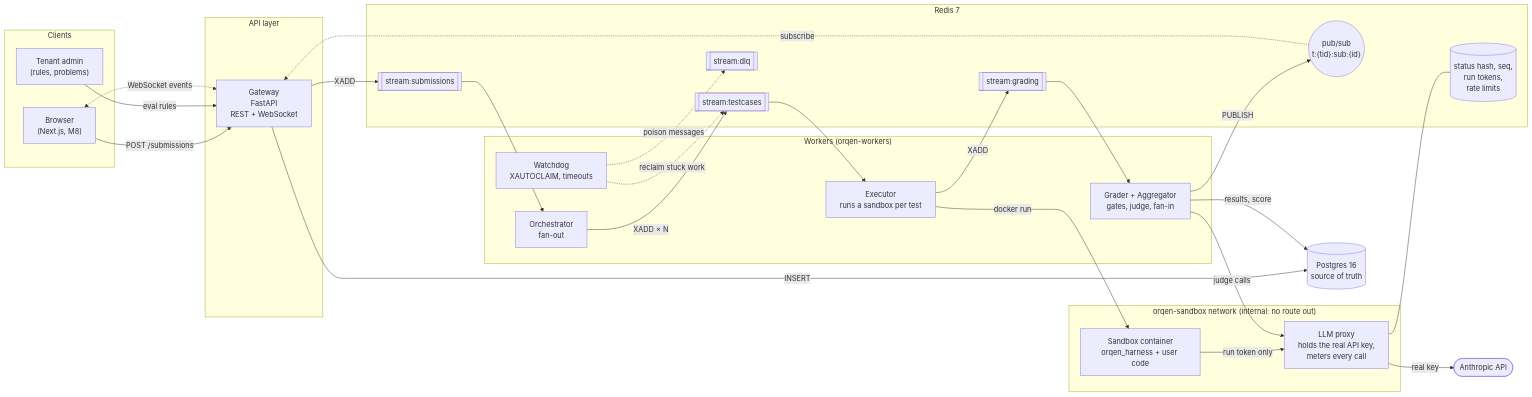
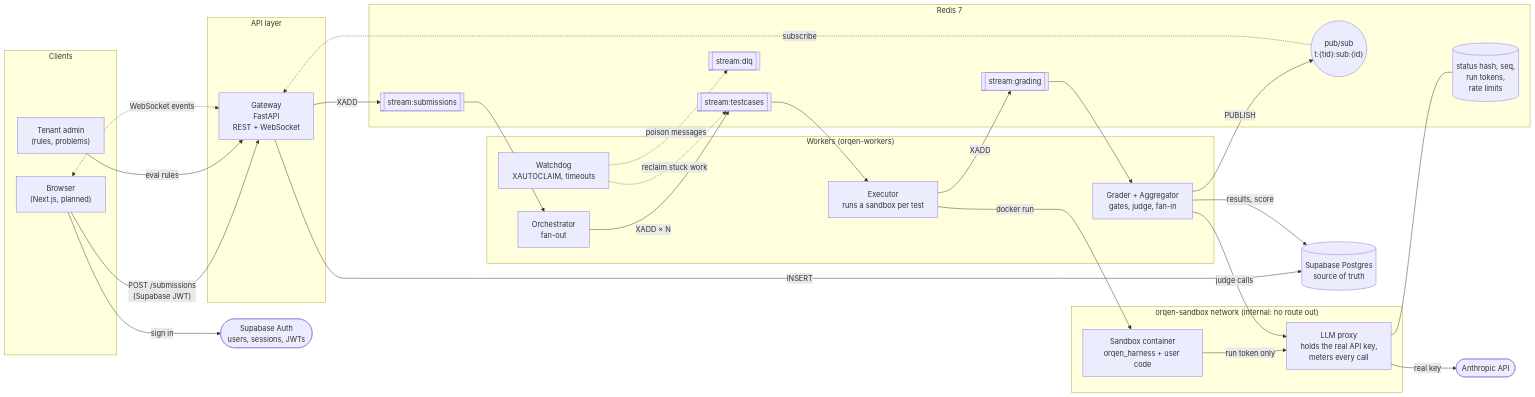
The first of 9 diagrams in README.md (priyanshu14077/orqen), drawn with Mermaid before and after one commit.

Commit message:
Show Supabase Postgres and Auth in the architecture diagram

````diff
--- a/README.md
+++ b/README.md
@@ -46,56 +46,58 @@
 ```mermaid
 flowchart LR
     subgraph clients["Clients"]
-        browser["Browser<br/>(Next.js, M8)"]
+        browser["Browser<br/>(Next.js, planned)"]
         admin["Tenant admin<br/>(rules, problems)"]
     end
 
     subgraph edge["API layer"]
         gw["Gateway<br/>FastAPI<br/>REST + WebSocket"]
     end
 
     subgraph redis["Redis 7"]
         s1[["stream:submissions"]]
         s2[["stream:testcases"]]
         s3[["stream:grading"]]
         dlq[["stream:dlq"]]
         ps(("pub/sub<br/>t:{tid}:sub:{id}"))
         kv[("status hash, seq,<br/>run tokens,<br/>rate limits")]
     end
 
     subgraph workers["Workers (orqen-workers)"]
         orch["Orchestrator<br/>fan-out"]
         exec["Executor<br/>runs a sandbox per test"]
         grader["Grader + Aggregator<br/>gates, judge, fan-in"]
         wd["Watchdog<br/>XAUTOCLAIM, timeouts"]
     end
 
     subgraph sandboxnet["orqen-sandbox network (internal: no route out)"]
         sb["Sandbox container<br/>orqen_harness + user code"]
         proxy["LLM proxy<br/>holds the real API key,<br/>meters every call"]
     end
 
-    pg[("Postgres 16<br/>source of truth")]
+    pg[("Supabase Postgres<br/>source of truth")]
+    sbauth(["Supabase Auth<br/>users, sessions, JWTs"])
     llm(["Anthropic API"])
 
-    browser -- "POST /submissions" --> gw
+    browser -- "sign in" --> sbauth
+    browser -- "POST /submissions<br/>(Supabase JWT)" --> gw
     admin -- "eval rules" --> gw
     browser <-. "WebSocket events" .-> gw
     gw -- "INSERT" --> pg
     gw -- "XADD" --> s1
     s1 --> orch
     orch -- "XADD × N" --> s2
     s2 --> exec
     exec -- "docker run" --> sb
     sb -- "run token only" --> proxy
     proxy -- "real key" --> llm
     exec -- "XADD" --> s3
     s3 --> grader
     grader -- "judge calls" --> proxy
     grader -- "results, score" --> pg
     grader -- "PUBLISH" --> ps
     ps -. "subscribe" .-> gw
     wd -. "reclaim stuck work" .-> s2
     wd -. "poison messages" .-> dlq
     proxy --- kv
 ```
````
